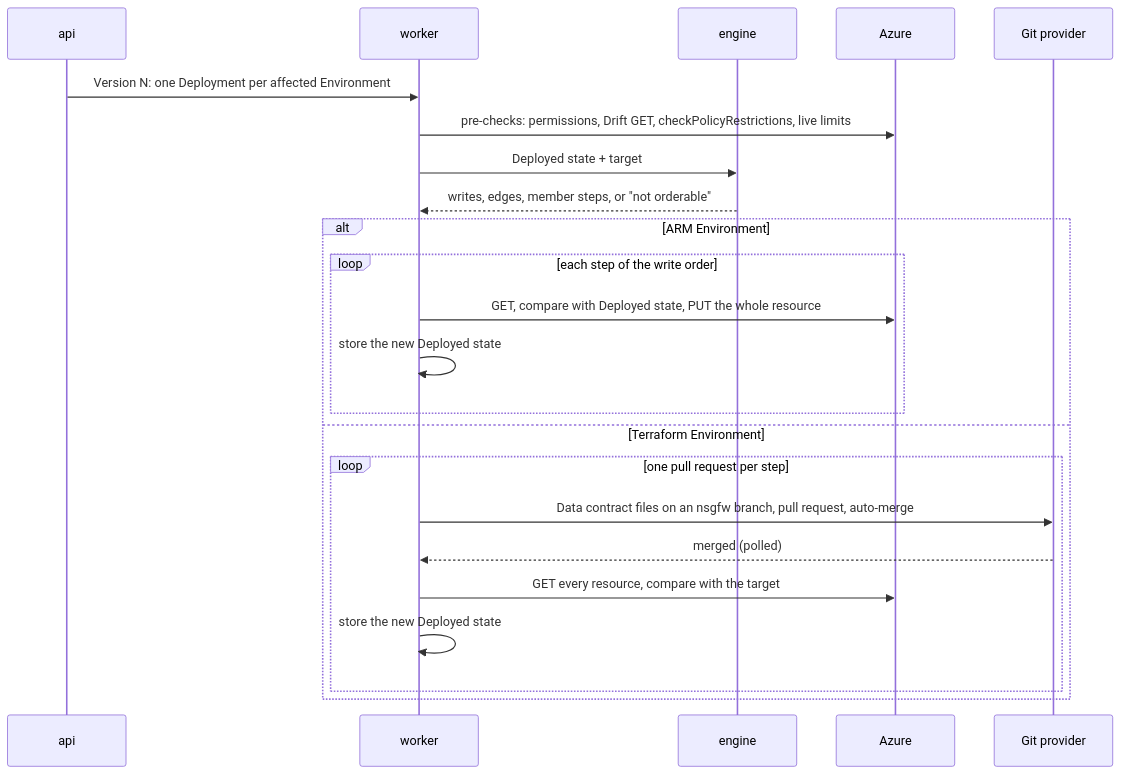
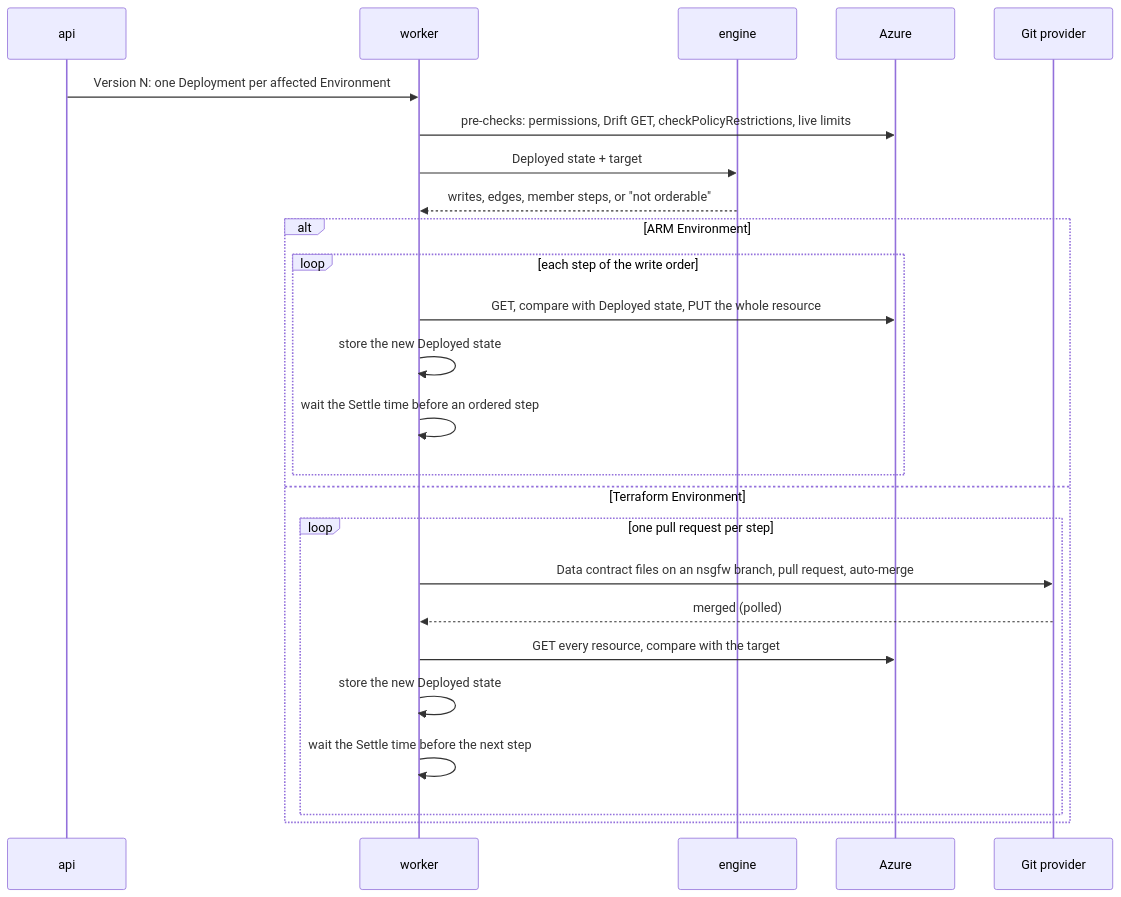
Before and after one commit to mfgAkilae/nsgfw: the fourth of 4 diagrams in docs/design/architecture.md, drawn with Mermaid. The commit also changed other lines of this file and 4 other files, not shown here.

First line of the commit message:
docs: add a Settle time to the write order and plan ASG membership as atoms

````diff
--- a/docs/design/architecture.md
+++ b/docs/design/architecture.md
@@ -309,25 +309,27 @@
 ```mermaid
 sequenceDiagram
   participant API as api
   participant W as worker
   participant E as engine
   participant AZ as Azure
   participant G as Git provider
   API->>W: Version N: one Deployment per affected Environment
   W->>AZ: pre-checks: permissions, Drift GET, checkPolicyRestrictions, live limits
   W->>E: Deployed state + target
   E-->>W: writes, edges, member steps, or "not orderable"
   alt ARM Environment
     loop each step of the write order
       W->>AZ: GET, compare with Deployed state, PUT the whole resource
       W->>W: store the new Deployed state
+      W->>W: wait the Settle time before an ordered step
     end
   else Terraform Environment
     loop one pull request per step
       W->>G: Data contract files on an nsgfw branch, pull request, auto-merge
       G-->>W: merged (polled)
       W->>AZ: GET every resource, compare with the target
       W->>W: store the new Deployed state
+      W->>W: wait the Settle time before the next step
     end
   end
 ```
````
